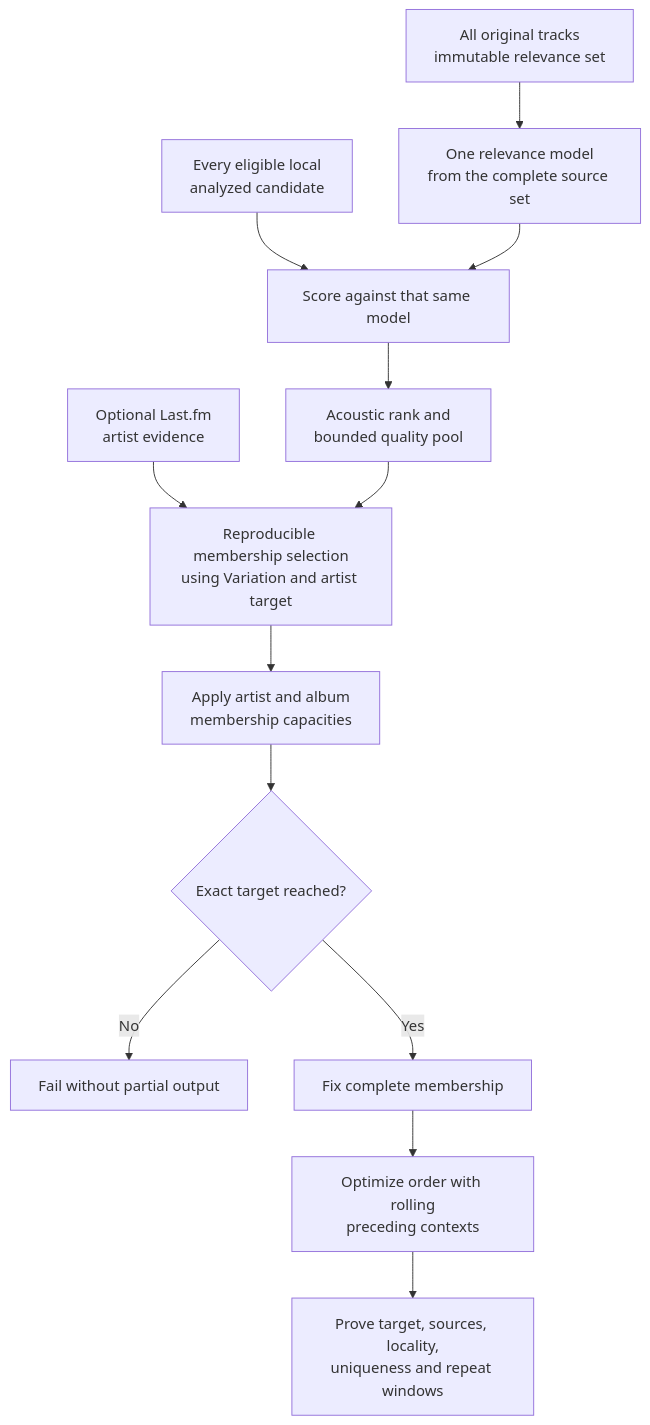
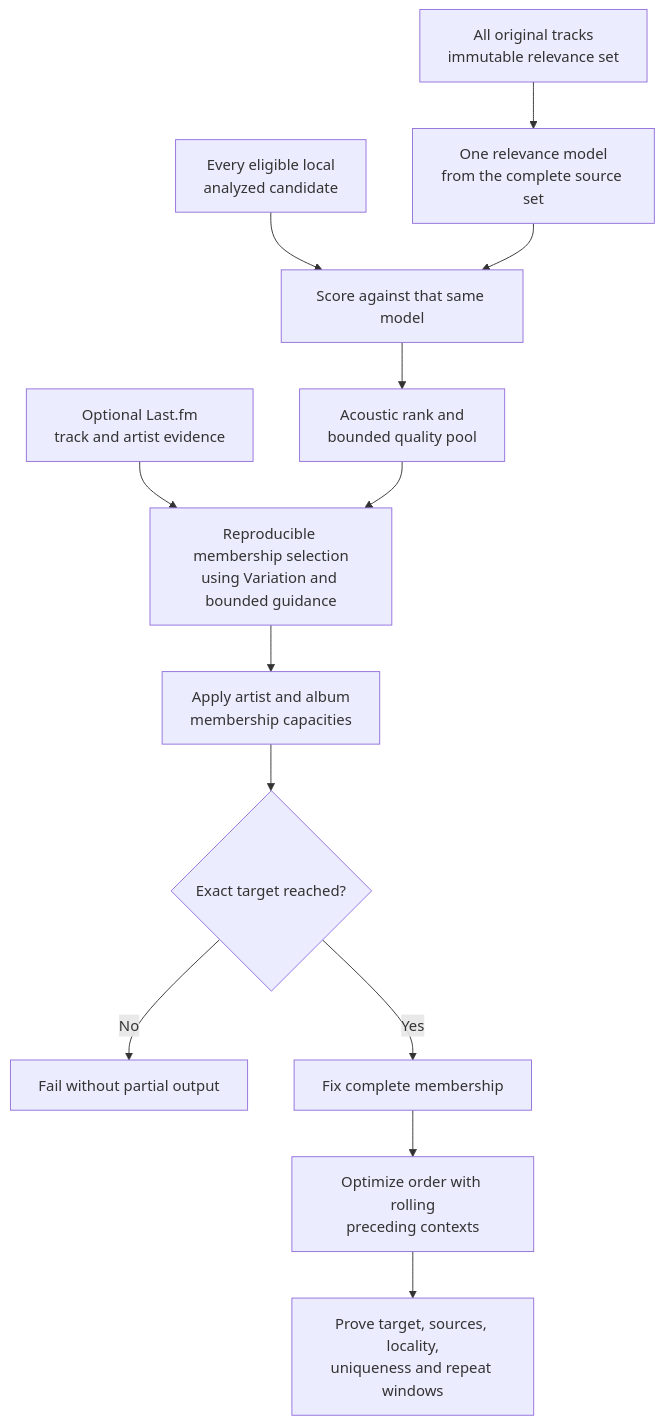
The sixth of 7 diagrams in ALGORITHMS.md (chrober/lms-better-call-bliss), drawn with Mermaid before and after one commit. The commit also changed other lines of this file and 18 other files, not shown here.

Commit message:
feat: add Last.fm track and artist guidance

```diff
--- a/ALGORITHMS.md
+++ b/ALGORITHMS.md
@@ -355,15 +368,15 @@
 ~~~mermaid
 flowchart TD
     A["All original tracks<br/>immutable relevance set"] --> B["One relevance model<br/>from the complete source set"]
     C["Every eligible local<br/>analyzed candidate"] --> D["Score against that same model"]
     B --> D
     D --> E["Acoustic rank and<br/>bounded quality pool"]
-    L["Optional Last.fm<br/>artist evidence"] --> F
-    E --> F["Reproducible membership selection<br/>using Variation and artist target"]
+    L["Optional Last.fm<br/>track and artist evidence"] --> F
+    E --> F["Reproducible membership selection<br/>using Variation and bounded guidance"]
     F --> G["Apply artist and album<br/>membership capacities"]
     G --> H{"Exact target reached?"}
     H -- No --> X["Fail without partial output"]
     H -- Yes --> I["Fix complete membership"]
     I --> J["Optimize order with rolling<br/>preceding contexts"]
     J --> K["Prove target, sources, locality,<br/>uniqueness and repeat windows"]
 ~~~
```
